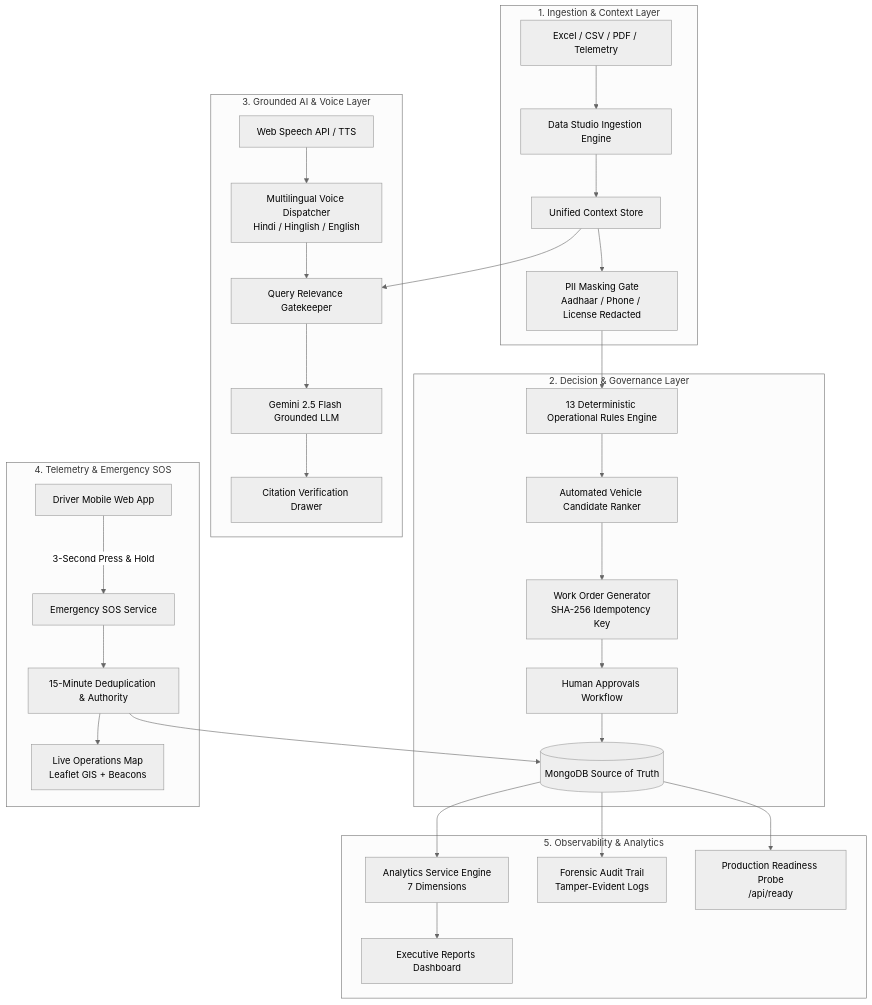
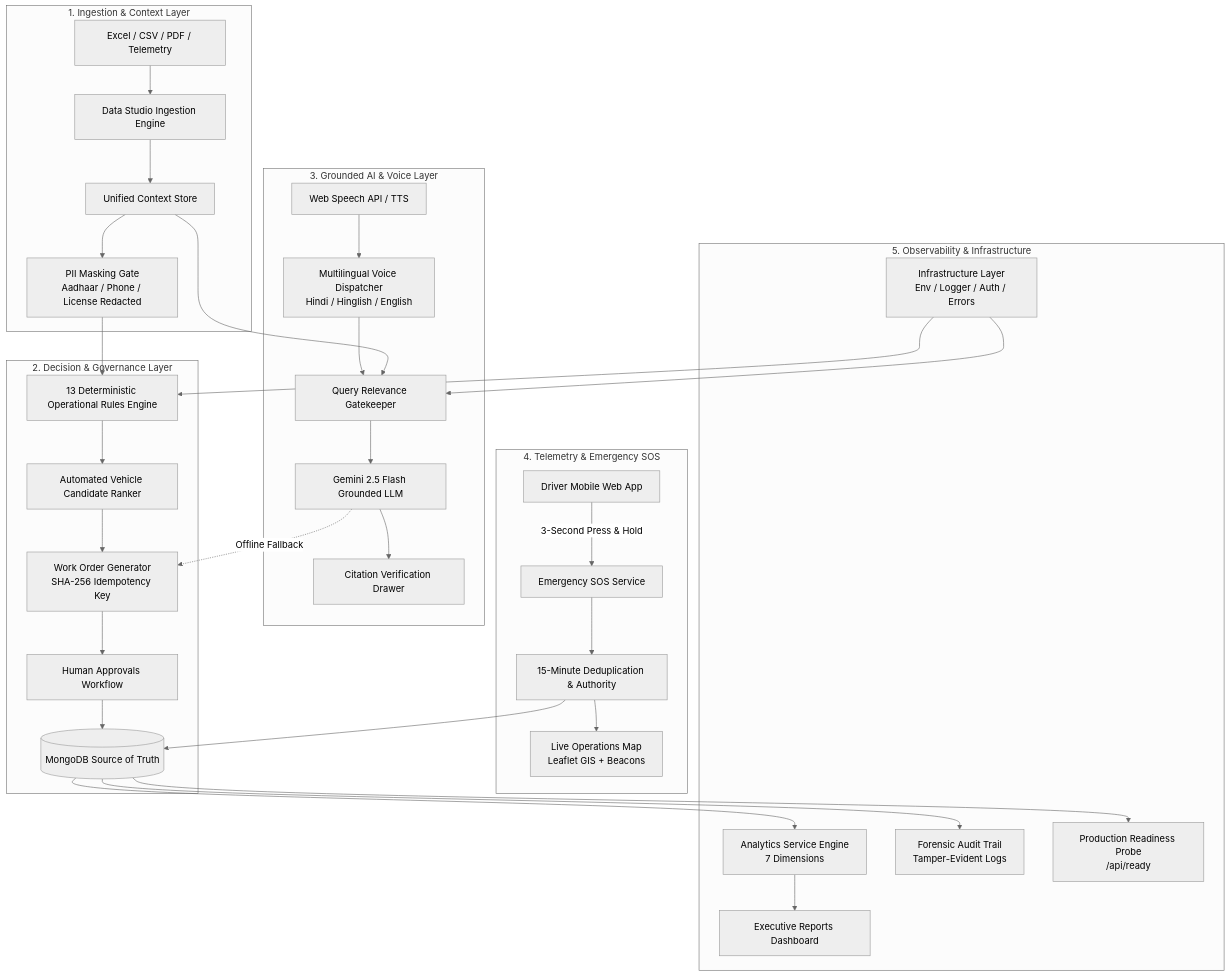
The diagram in README.md (anuragsinghrajput123456789/SynqVerse_Ai_agent), drawn with Mermaid (neutral theme) before and after one commit. The commit also changed other lines of this file and 56 other files, not shown here.

Commit message:
feat: enterprise infrastructure hardening, resilient AI provider fallback, decision engine hardening, and updated docs

````diff
--- a/README.md
+++ b/README.md
@@ -96,38 +117,41 @@
 ```mermaid
 flowchart TB
     subgraph DataIngestion["1. Ingestion & Context Layer"]
         A[Excel / CSV / PDF / Telemetry] --> B[Data Studio Ingestion Engine]
         B --> C[Unified Context Store]
         C --> D[PII Masking Gate\nAadhaar / Phone / License Redacted]
     end
 
     subgraph CoreDecision["2. Decision & Governance Layer"]
         D --> E[13 Deterministic Operational Rules Engine]
         E --> F[Automated Vehicle Candidate Ranker]
         F --> G[Work Order Generator\nSHA-256 Idempotency Key]
         G --> H[Human Approvals Workflow]
         H --> I[(MongoDB Source of Truth)]
     end
 
     subgraph AICopilot["3. Grounded AI & Voice Layer"]
         C --> J[Query Relevance Gatekeeper]
         J --> K[Gemini 2.5 Flash Grounded LLM]
         K --> L[Citation Verification Drawer]
         M[Web Speech API / TTS] --> N[Multilingual Voice Dispatcher\nHindi / Hinglish / English]
         N --> J
+        K -.->|Offline Fallback| G
     end
 
     subgraph SafetyTelemetry["4. Telemetry & Emergency SOS"]
         O[Driver Mobile Web App] -->|3-Second Press & Hold| P[Emergency SOS Service]
         P --> Q[15-Minute Deduplication & Authority]
         Q --> R[Live Operations Map\nLeaflet GIS + Beacons]
         Q --> I
     end
 
-    subgraph Observability["5. Observability & Analytics"]
+    subgraph Observability["5. Observability & Infrastructure"]
         I --> S[Analytics Service Engine\n7 Dimensions]
         I --> T[Forensic Audit Trail\nTamper-Evident Logs]
         S --> U[Executive Reports Dashboard]
         I --> V[Production Readiness Probe\n/api/ready]
+        W[Infrastructure Layer\nEnv / Logger / Auth / Errors] --> E
+        W --> J
     end
 ```
````
